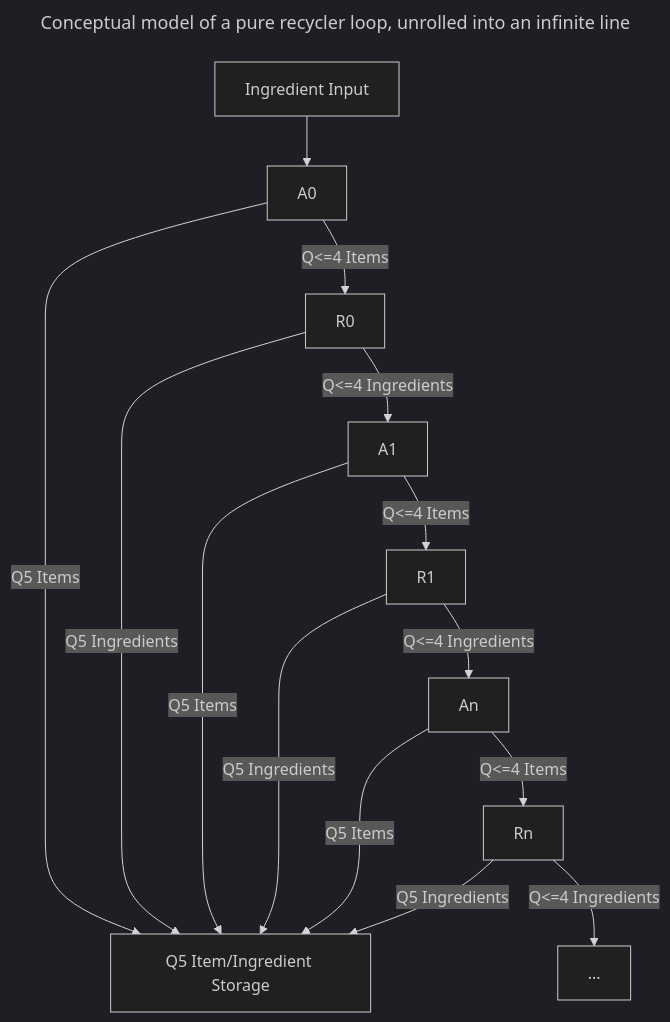
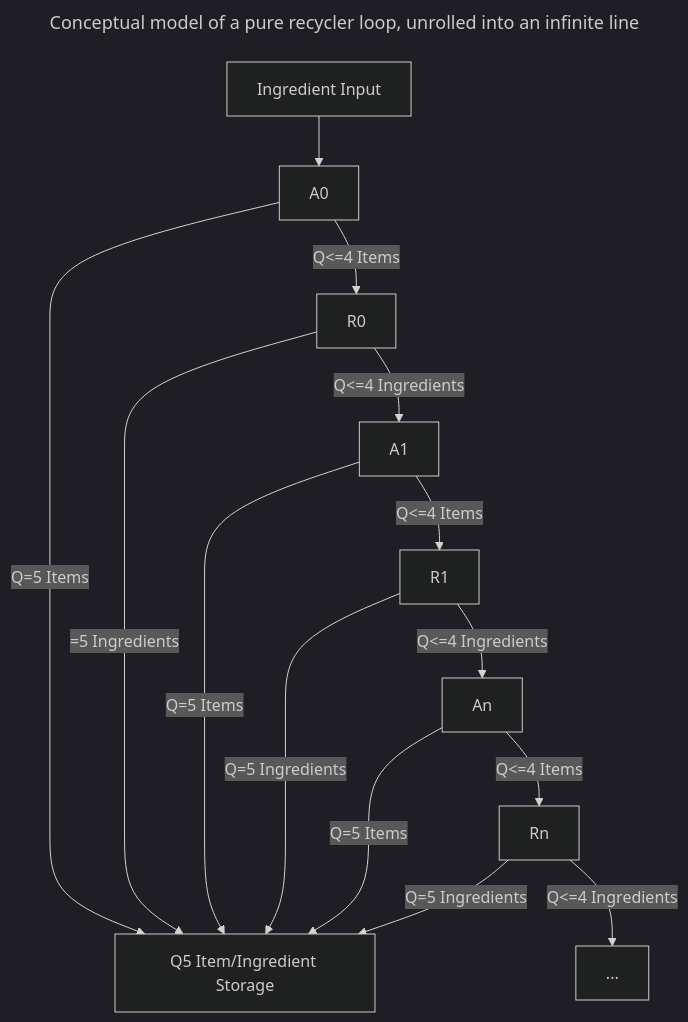
Before and after one commit to dfamonteiro/blog: the second of 2 diagrams in blog/content/posts/factorio-recycler-assembler-loop.md, drawn with Mermaid.

Commit message:
More consistent

```diff
--- a/blog/content/posts/factorio-recycler-assembler-loop.md
+++ b/blog/content/posts/factorio-recycler-assembler-loop.md
@@ -51,26 +51,26 @@
 <pre style="text-align:center" class="mermaid">
 ---
 title: Conceptual model of a pure recycler loop, unrolled into an infinite line
 config:
   theme: dark
 ---
 flowchart TD
     A[Ingredient Input] --> A0
     A0 -->|Q<=4 Items| R0
-    A0 -->|Q5 Items| END[Q5 Item/Ingredient Storage]
+    A0 -->|Q=5 Items| END[Q5 Item/Ingredient Storage]
 
-    R0 -->|Q5 Ingredients| END
+    R0 -->|=5 Ingredients| END
     R0 -->|Q<=4 Ingredients| A1
 
-    A1 -->|Q5 Items| END
+    A1 -->|Q=5 Items| END
     A1 -->|Q<=4 Items| R1
 
-    R1 -->|Q5 Ingredients| END
+    R1 -->|Q=5 Ingredients| END
     R1 -->|Q<=4 Ingredients|An[An]
 
-    An -->|Q5 Items| END
+    An -->|Q=5 Items| END
     An -->|Q<=4 Items|Rn1[Rn]
 
-    Rn1 -->|Q5 Ingredients| END
+    Rn1 -->|Q=5 Ingredients| END
     Rn1 -->|Q<=4 Ingredients|Rn2[...]
 </pre>
```
